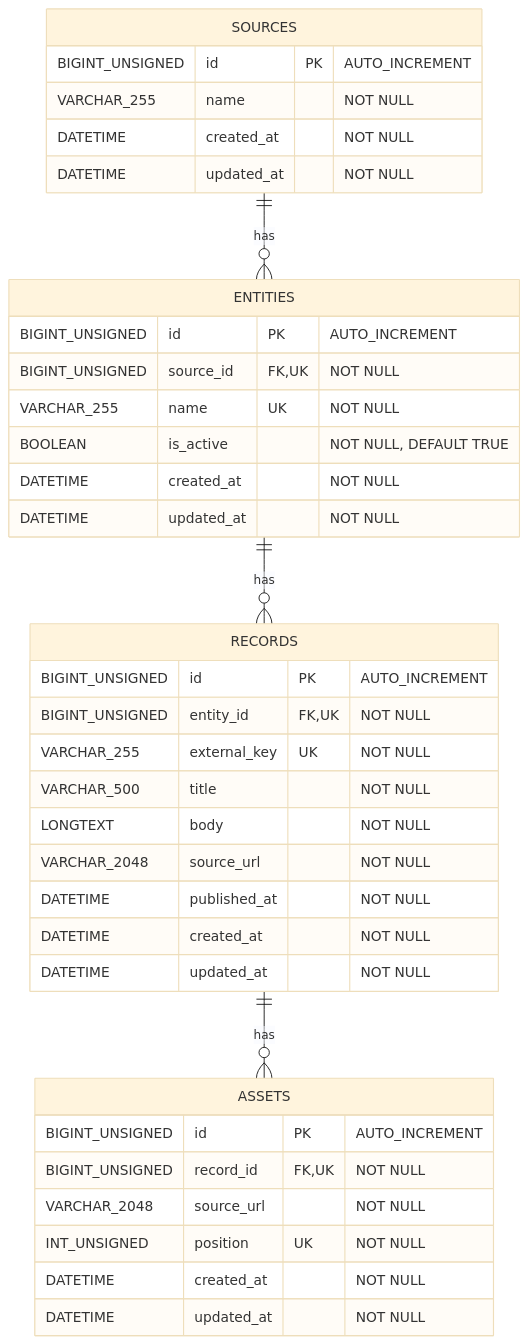
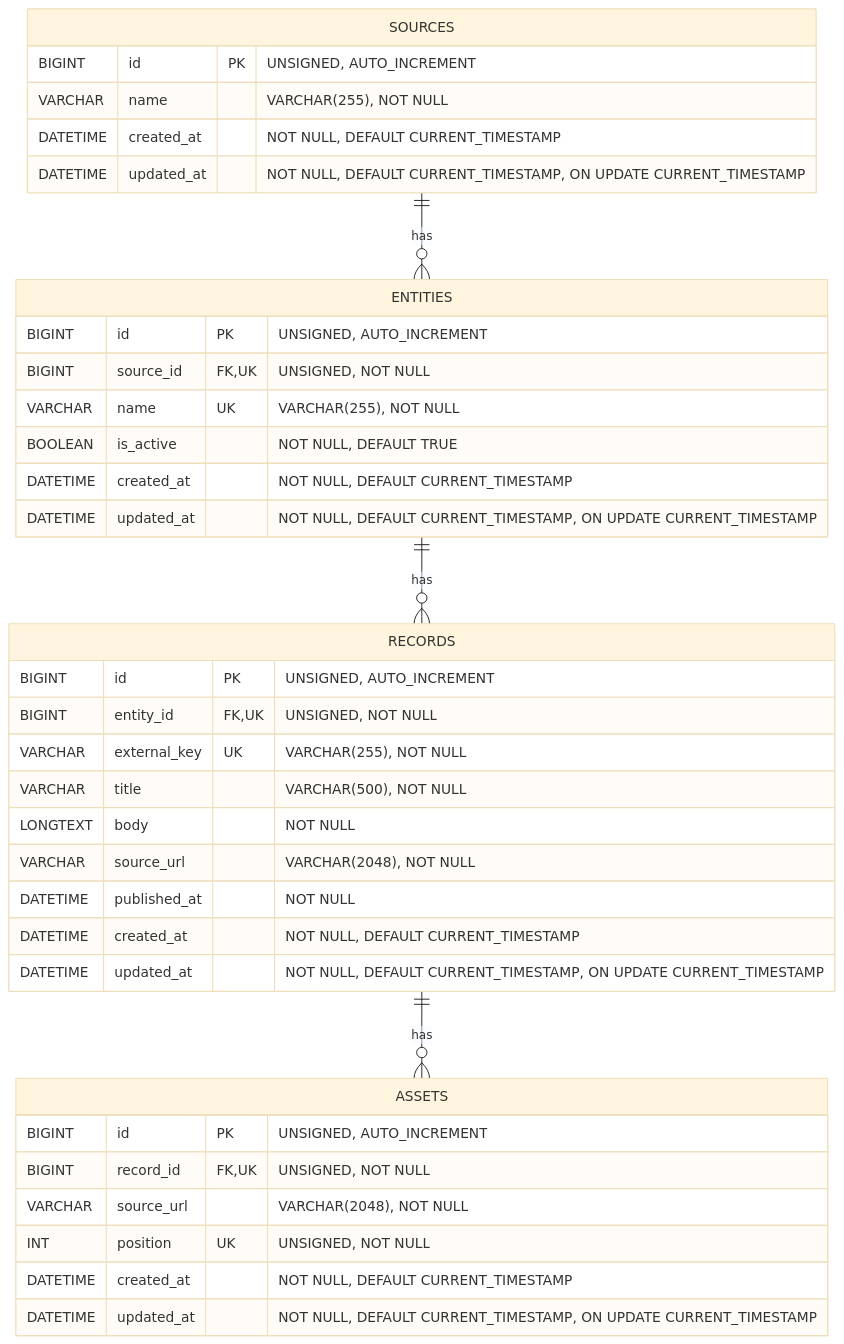
The diagram in docs/db/er-diagram.md (kishimin/slope-collector), drawn with Mermaid (base theme) before and after one commit. The commit also changed other lines of this file, not shown here.

Commit message:
docs: define timestamp defaults and clarify SQL types

````diff
--- a/docs/db/er-diagram.md
+++ b/docs/db/er-diagram.md
@@ -3,43 +3,43 @@
 ```mermaid
 erDiagram
     SOURCES ||--o{ ENTITIES : has
     ENTITIES ||--o{ RECORDS : has
     RECORDS ||--o{ ASSETS : has
 
     SOURCES {
-        BIGINT_UNSIGNED id PK "AUTO_INCREMENT"
-        VARCHAR_255 name "NOT NULL"
-        DATETIME created_at "NOT NULL"
-        DATETIME updated_at "NOT NULL"
+        BIGINT id PK "UNSIGNED, AUTO_INCREMENT"
+        VARCHAR name "VARCHAR(255), NOT NULL"
+        DATETIME created_at "NOT NULL, DEFAULT CURRENT_TIMESTAMP"
+        DATETIME updated_at "NOT NULL, DEFAULT CURRENT_TIMESTAMP, ON UPDATE CURRENT_TIMESTAMP"
     }
 
     ENTITIES {
-        BIGINT_UNSIGNED id PK "AUTO_INCREMENT"
-        BIGINT_UNSIGNED source_id FK,UK "NOT NULL"
-        VARCHAR_255 name UK "NOT NULL"
+        BIGINT id PK "UNSIGNED, AUTO_INCREMENT"
+        BIGINT source_id FK,UK "UNSIGNED, NOT NULL"
+        VARCHAR name UK "VARCHAR(255), NOT NULL"
         BOOLEAN is_active "NOT NULL, DEFAULT TRUE"
-        DATETIME created_at "NOT NULL"
-        DATETIME updated_at "NOT NULL"
+        DATETIME created_at "NOT NULL, DEFAULT CURRENT_TIMESTAMP"
+        DATETIME updated_at "NOT NULL, DEFAULT CURRENT_TIMESTAMP, ON UPDATE CURRENT_TIMESTAMP"
     }
 
     RECORDS {
-        BIGINT_UNSIGNED id PK "AUTO_INCREMENT"
-        BIGINT_UNSIGNED entity_id FK,UK "NOT NULL"
-        VARCHAR_255 external_key UK "NOT NULL"
-        VARCHAR_500 title "NOT NULL"
+        BIGINT id PK "UNSIGNED, AUTO_INCREMENT"
+        BIGINT entity_id FK,UK "UNSIGNED, NOT NULL"
+        VARCHAR external_key UK "VARCHAR(255), NOT NULL"
+        VARCHAR title "VARCHAR(500), NOT NULL"
         LONGTEXT body "NOT NULL"
-        VARCHAR_2048 source_url "NOT NULL"
+        VARCHAR source_url "VARCHAR(2048), NOT NULL"
         DATETIME published_at "NOT NULL"
-        DATETIME created_at "NOT NULL"
-        DATETIME updated_at "NOT NULL"
+        DATETIME created_at "NOT NULL, DEFAULT CURRENT_TIMESTAMP"
+        DATETIME updated_at "NOT NULL, DEFAULT CURRENT_TIMESTAMP, ON UPDATE CURRENT_TIMESTAMP"
     }
 
     ASSETS {
-        BIGINT_UNSIGNED id PK "AUTO_INCREMENT"
-        BIGINT_UNSIGNED record_id FK,UK "NOT NULL"
-        VARCHAR_2048 source_url "NOT NULL"
-        INT_UNSIGNED position UK "NOT NULL"
-        DATETIME created_at "NOT NULL"
-        DATETIME updated_at "NOT NULL"
+        BIGINT id PK "UNSIGNED, AUTO_INCREMENT"
+        BIGINT record_id FK,UK "UNSIGNED, NOT NULL"
+        VARCHAR source_url "VARCHAR(2048), NOT NULL"
+        INT position UK "UNSIGNED, NOT NULL"
+        DATETIME created_at "NOT NULL, DEFAULT CURRENT_TIMESTAMP"
+        DATETIME updated_at "NOT NULL, DEFAULT CURRENT_TIMESTAMP, ON UPDATE CURRENT_TIMESTAMP"
     }
 ```
````
